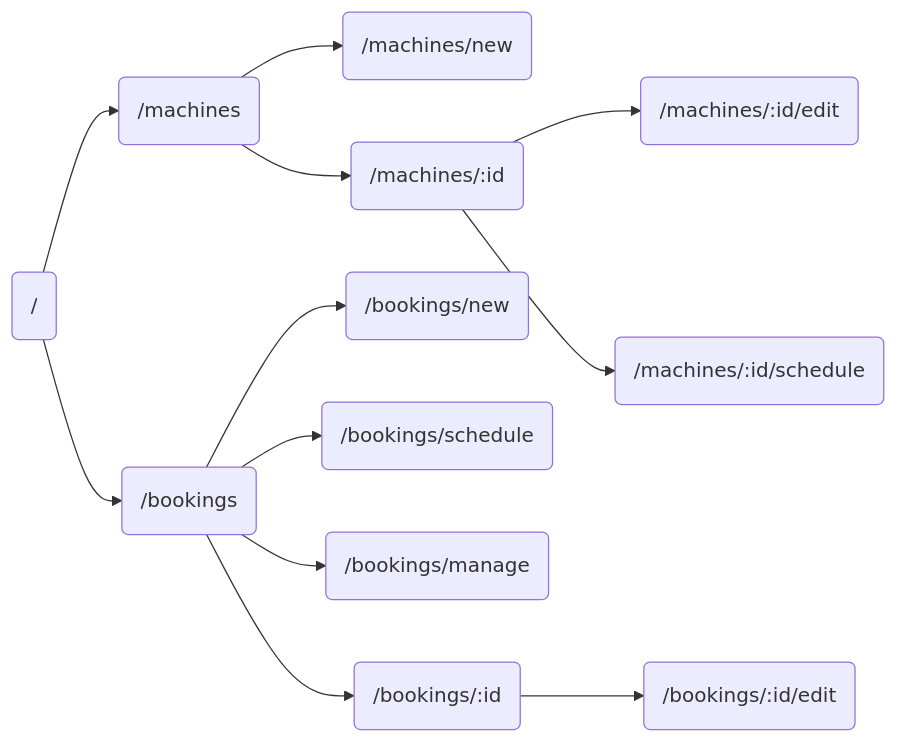
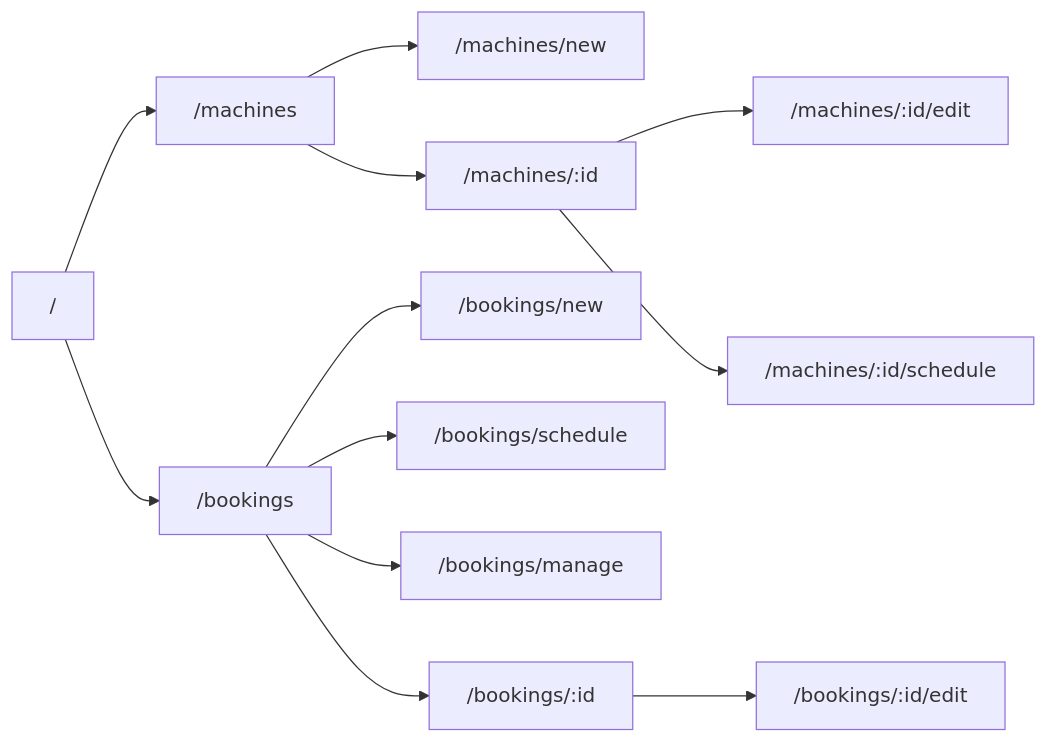
One commit to maharramgz/-Backend-implementation-Maharram-Guluzade changed the second of 2 diagrams in docs/SPA_DIAGRAM.md. Above: the diagram before and after it, drawn with Mermaid. The commit also changed 1 other file, not shown here.

Commit message:
Fix Mermaid syntax for GitHub rendering
Use quoted node labels for URL-like text so stadium-shape parsing does not
break; align route graph nodes with the same pattern.

````diff
--- a/docs/SPA_DIAGRAM.md
+++ b/docs/SPA_DIAGRAM.md
@@ -33,14 +33,14 @@
 ```mermaid
 flowchart LR
-  Home(/) --> ML(/machines)
-  Home --> BL(/bookings)
-  ML --> MN(/machines/new)
-  ML --> MD(/machines/:id)
-  MD --> ME(/machines/:id/edit)
-  MD --> MS(/machines/:id/schedule)
-  BL --> BN(/bookings/new)
-  BL --> BS(/bookings/schedule)
-  BL --> BM(/bookings/manage)
-  BL --> BD(/bookings/:id)
-  BD --> BE(/bookings/:id/edit)
+  Home["/"] --> ML["/machines"]
+  Home --> BL["/bookings"]
+  ML --> MN["/machines/new"]
+  ML --> MD["/machines/:id"]
+  MD --> ME["/machines/:id/edit"]
+  MD --> MS["/machines/:id/schedule"]
+  BL --> BN["/bookings/new"]
+  BL --> BS["/bookings/schedule"]
+  BL --> BM["/bookings/manage"]
+  BL --> BD["/bookings/:id"]
+  BD --> BE["/bookings/:id/edit"]
 ```
````
